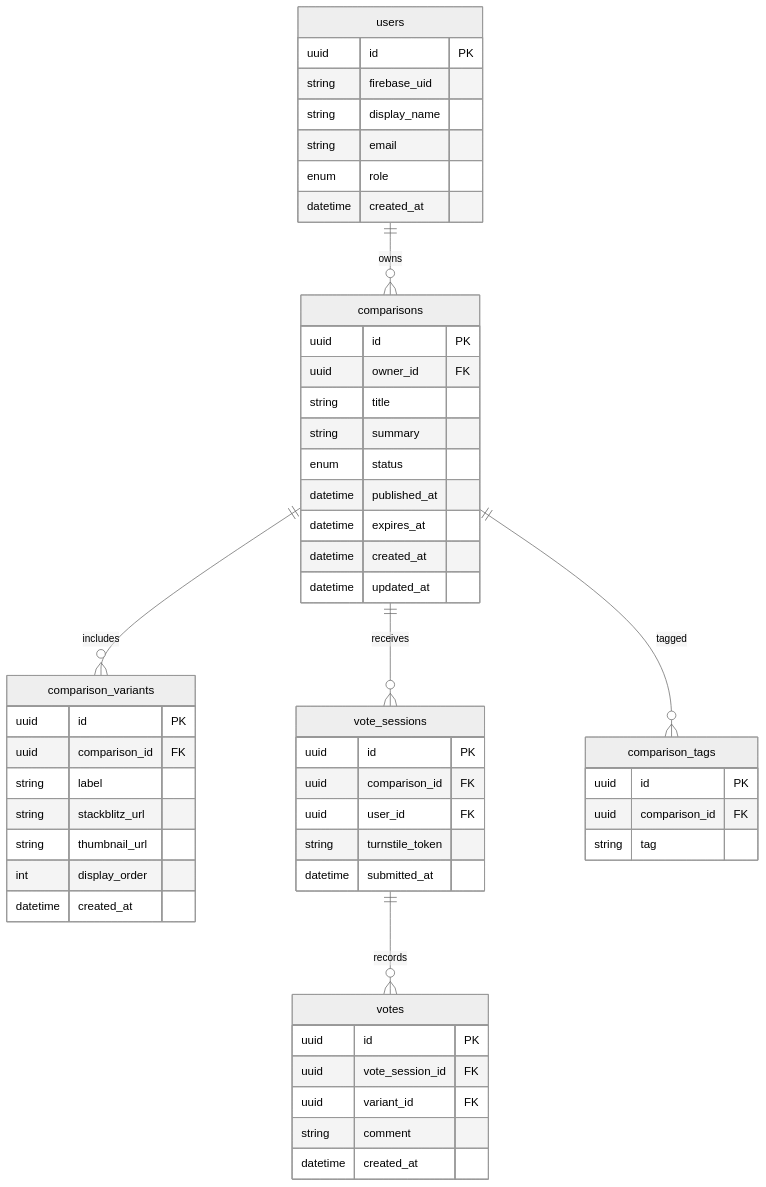
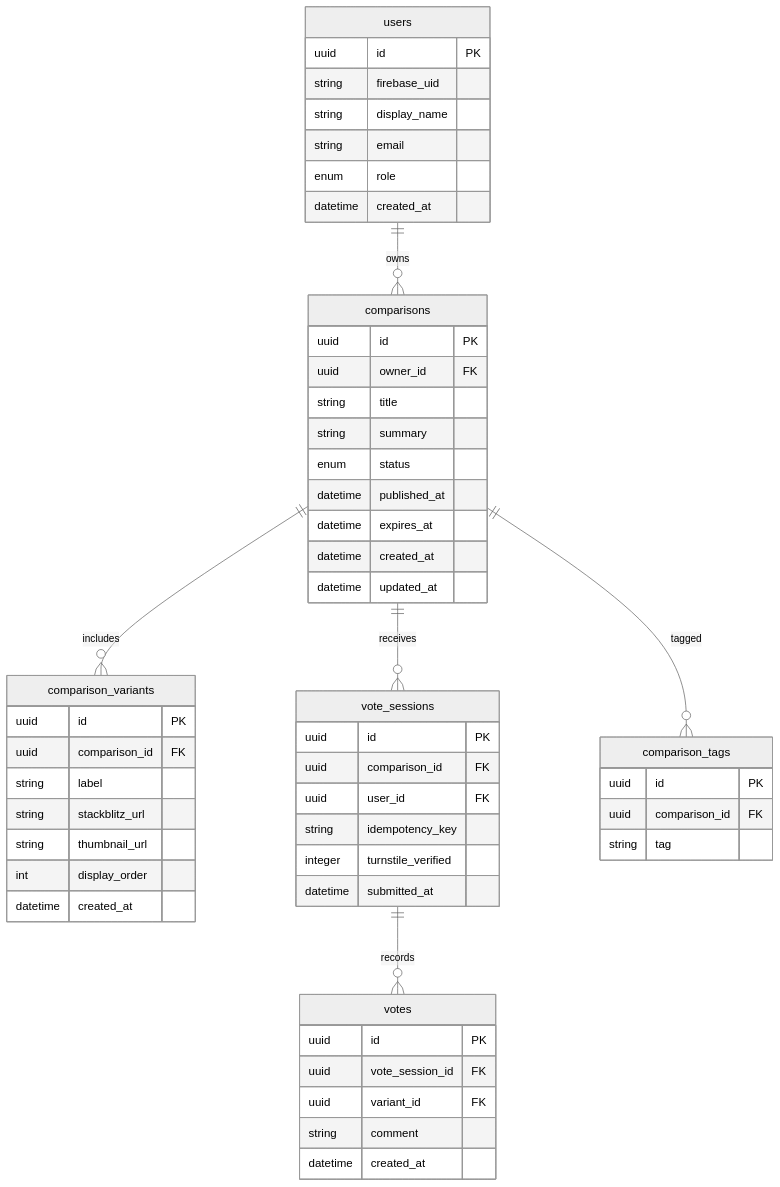
One commit to ifhito/ui-compare-app changed the first of 3 diagrams in specs/diagrams.md. Above: the diagram before and after it, drawn with Mermaid (neutral theme). The commit also changed 12 other files, not shown here.

````diff
--- a/specs/diagrams.md
+++ b/specs/diagrams.md
@@ -6,61 +6,62 @@
 ```mermaid
 erDiagram
     users ||--o{ comparisons : owns
     comparisons ||--o{ comparison_variants : includes
     comparisons ||--o{ vote_sessions : receives
     vote_sessions ||--o{ votes : records
     comparisons ||--o{ comparison_tags : tagged
 
     users {
       uuid id PK
       string firebase_uid
       string display_name
       string email
       enum role
       datetime created_at
     }
 
     comparisons {
       uuid id PK
       uuid owner_id FK
       string title
       string summary
       enum status
       datetime published_at
       datetime expires_at
       datetime created_at
       datetime updated_at
     }
 
     comparison_variants {
       uuid id PK
       uuid comparison_id FK
       string label
       string stackblitz_url
       string thumbnail_url
       int display_order
       datetime created_at
     }
 
     vote_sessions {
       uuid id PK
       uuid comparison_id FK
       uuid user_id FK
-      string turnstile_token
+      string idempotency_key
+      integer turnstile_verified
       datetime submitted_at
     }
 
     votes {
       uuid id PK
       uuid vote_session_id FK
       uuid variant_id FK
       string comment
       datetime created_at
     }
 
     comparison_tags {
       uuid id PK
       uuid comparison_id FK
       string tag
     }
 ```
````
